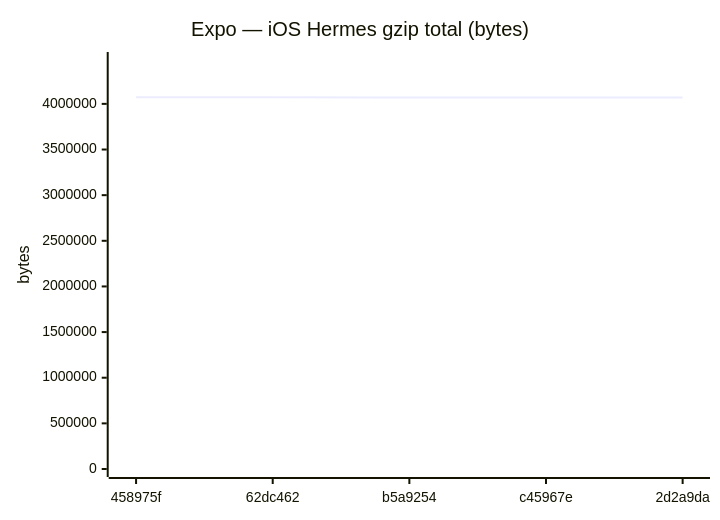
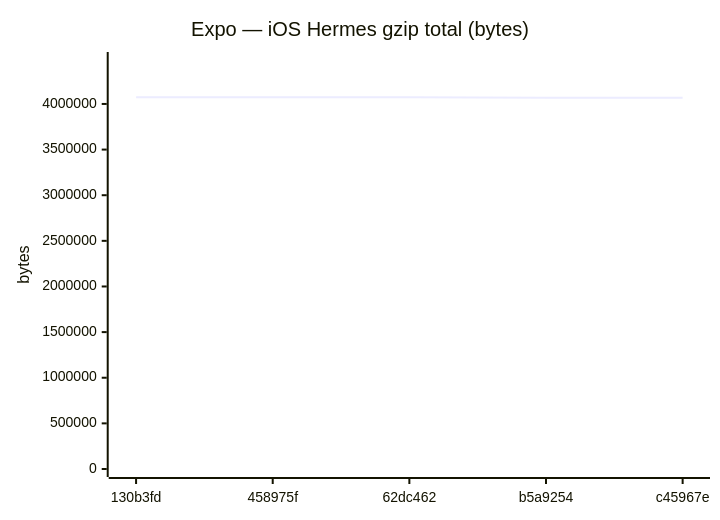
One commit to Metaheurist/Rianell changed diagram 12 of 18 in benchmarks/compare.md. Above: the diagram before and after it, drawn with Mermaid. The commit also changed other lines of this file and 11 other files, not shown here.

````diff
--- a/benchmarks/compare.md
+++ b/benchmarks/compare.md
@@ -179,7 +179,7 @@
 ```mermaid
 xychart-beta
     title "Expo — iOS Hermes gzip total (bytes)"
-    x-axis ["458975f", "62dc462", "b5a9254", "c45967e", "2d2a9da"]
-    y-axis "bytes" 0 --> 4480788
-    line [4073443, 4073443, 4069109, 4069113, 4069106]
+    x-axis ["130b3fd", "458975f", "62dc462", "b5a9254", "c45967e"]
+    y-axis "bytes" 0 --> 4481590
+    line [4074172, 4073443, 4073443, 4069109, 4069113]
 ```
````
